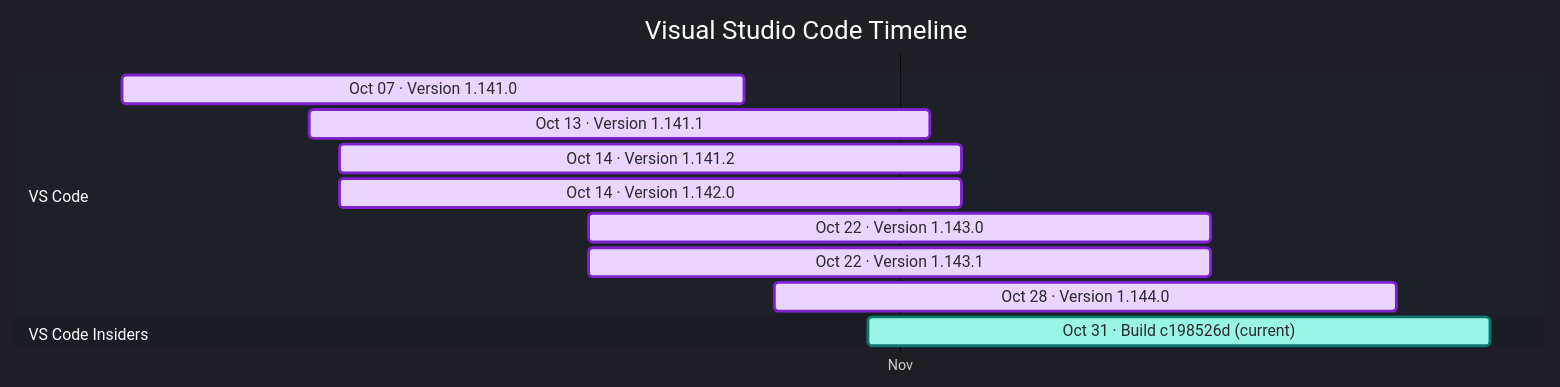
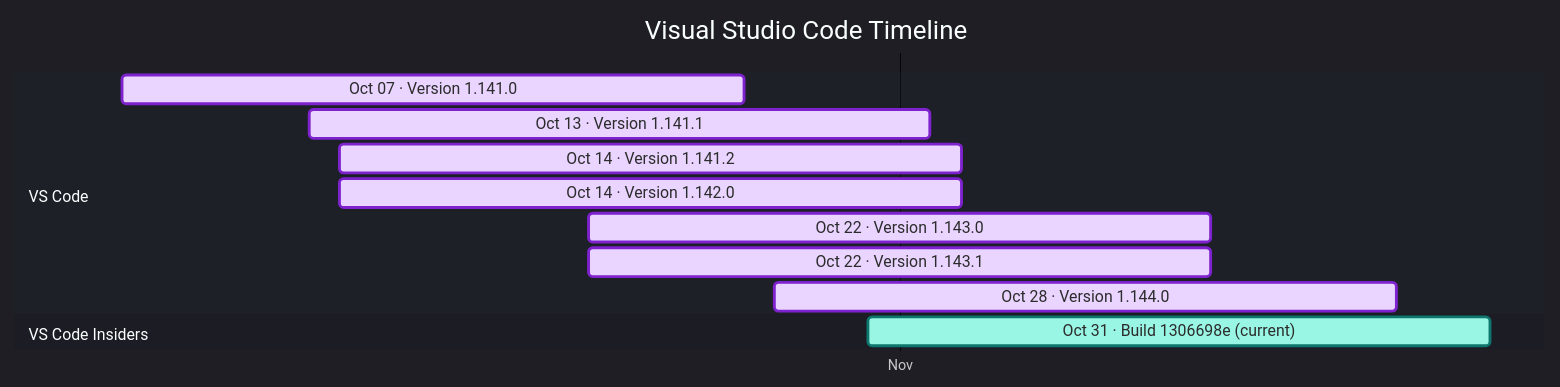
The diagram in docs/vscode.md (Oxelya-DevTools/VisualStudioUpdate), drawn with Mermaid before and after one commit. The commit also changed other lines of this file and 1 other file, not shown here.

````diff
--- a/docs/vscode.md
+++ b/docs/vscode.md
@@ -9,18 +9,18 @@
 ```mermaid
 %%{init: {'theme':'dark','themeVariables': { 'fontFamily': 'Segoe UI', 'fontSize': '24px', 'textColor': '#F3F4F6', 'titleTextColor': '#FFFFFF', 'taskTextColor': '#111827', 'taskTextLightColor': '#111827', 'taskTextOutsideColor': '#F3F4F6', 'taskBkgColor': '#BAE6FD', 'taskBorderColor': '#0369A1', 'doneTaskBkgColor': '#E9D5FF', 'doneTaskBorderColor': '#7E22CE', 'activeTaskBkgColor': '#99F6E4', 'activeTaskBorderColor': '#0F766E', 'critTaskBkgColor': '#FED7AA', 'critTaskBorderColor': '#C2410C', 'sectionBkgColor': '#1F2937', 'altSectionBkgColor': '#111827', 'gridColor': '#4B5563', 'todayLineColor': '#F87171' }}}%%
 gantt
     title Visual Studio Code Timeline
     dateFormat  YYYY-MM-DD
     axisFormat  %b
     tickInterval 1month
     section VS Code
     Oct 07 · Version 1.141.0 : done, vscode202610070, 2026-10-07, 20d
     Oct 13 · Version 1.141.1 : done, vscode202610131, 2026-10-13, 20d
     Oct 14 · Version 1.141.2 : done, vscode202610142, 2026-10-14, 20d
     Oct 14 · Version 1.142.0 : done, vscode202610143, 2026-10-14, 20d
     Oct 22 · Version 1.143.0 : done, vscode202610224, 2026-10-22, 20d
     Oct 22 · Version 1.143.1 : done, vscode202610225, 2026-10-22, 20d
     Oct 28 · Version 1.144.0 : done, vscode202610286, 2026-10-28, 20d
     section VS Code Insiders
-    Oct 31 · Build c198526d (current) : active, vscodeinsiders202610310, 2026-10-31, 20d
+    Oct 31 · Build 1306698e (current) : active, vscodeinsiders202610310, 2026-10-31, 20d
 ```
````
